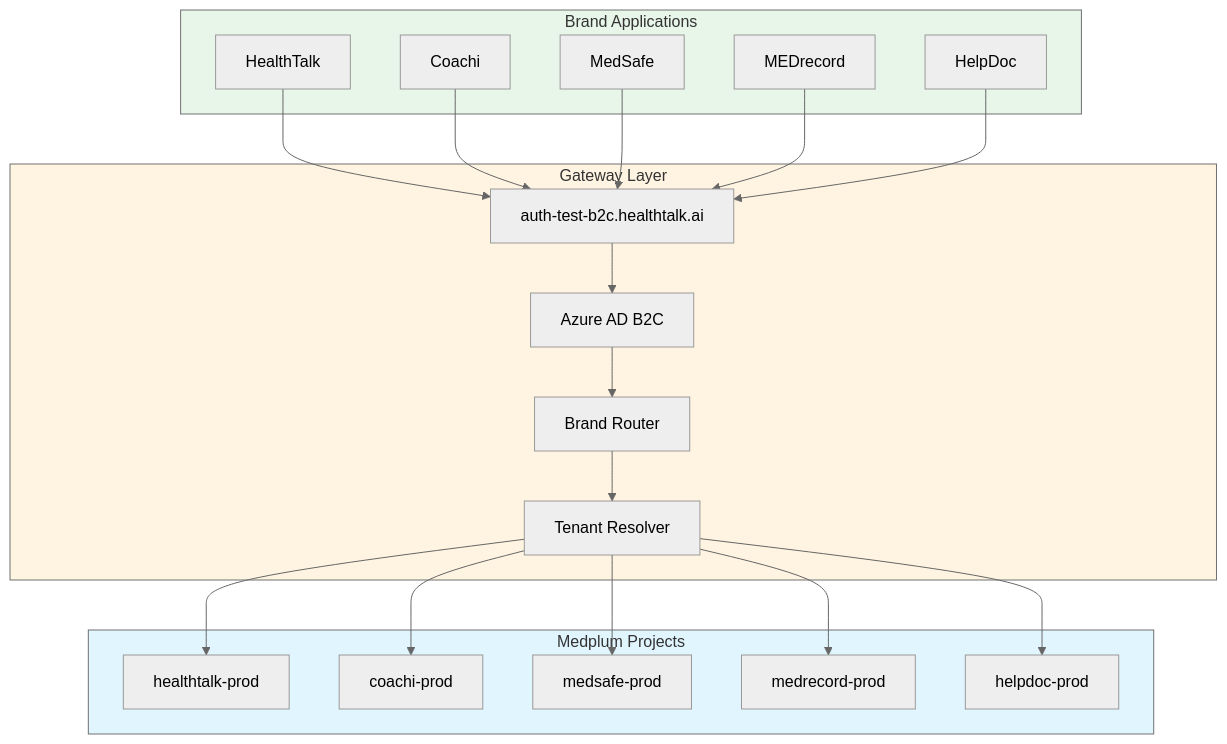
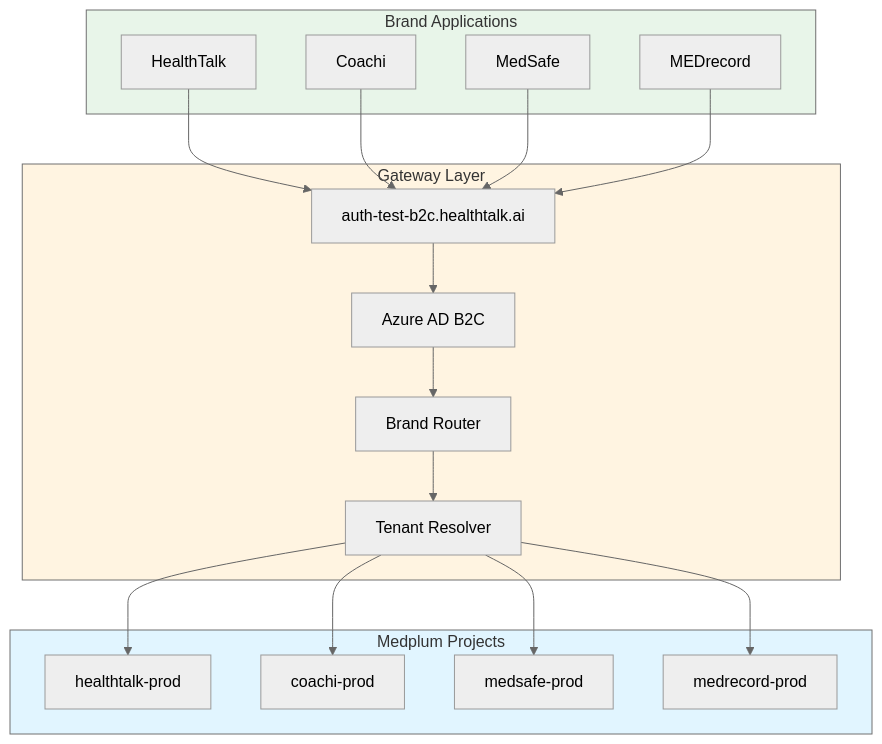
Before and after one commit to medplum/medplum: the first of 2 diagrams in packages/docs/docs/architecture/gateway-integration.mdx, drawn with Mermaid. The commit also changed 6 other files, not shown here.

````diff
--- a/packages/docs/docs/architecture/gateway-integration.mdx
+++ b/packages/docs/docs/architecture/gateway-integration.mdx
@@ -18,46 +18,42 @@
 ```mermaid
 %%{init: {'theme': 'neutral' }}%%
 flowchart TB
     subgraph Clients["Brand Applications"]
         HT["HealthTalk"]
         CO["Coachi"]
         MS["MedSafe"]
         MR["MEDrecord"]
-        HD["HelpDoc"]
     end
     
     subgraph Gateway["Gateway Layer"]
         GW["auth-test-b2c.healthtalk.ai"]
         AUTH["Azure AD B2C"]
         ROUTE["Brand Router"]
         TENANT["Tenant Resolver"]
     end
     
     subgraph Backend["Medplum Projects"]
         MP1["healthtalk-prod"]
         MP2["coachi-prod"]
         MP3["medsafe-prod"]
         MP4["medrecord-prod"]
-        MP5["helpdoc-prod"]
     end
     
     HT --> GW
     CO --> GW
     MS --> GW
     MR --> GW
-    HD --> GW
     
     GW --> AUTH
     AUTH --> ROUTE
     ROUTE --> TENANT
     
     TENANT --> MP1
     TENANT --> MP2
     TENANT --> MP3
     TENANT --> MP4
-    TENANT --> MP5
     
     style Clients fill:#e8f5e9
     style Gateway fill:#fff4e1
     style Backend fill:#e1f5ff
 ```
````
